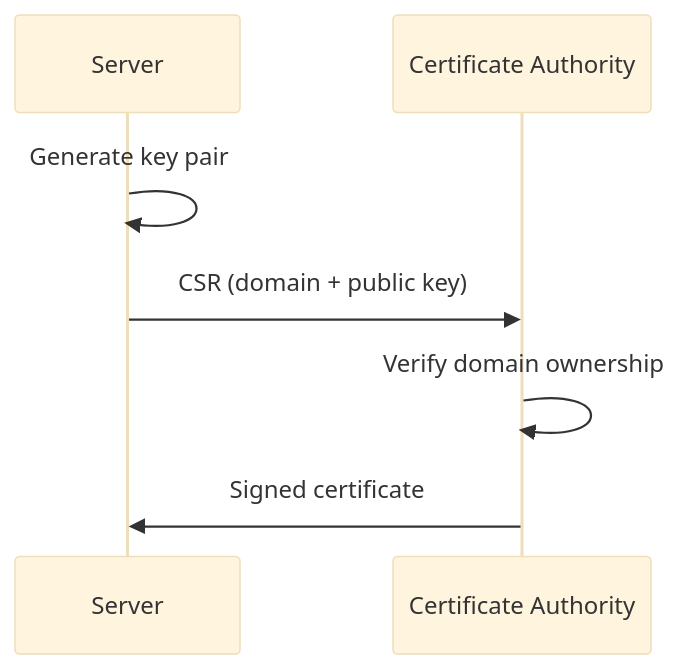
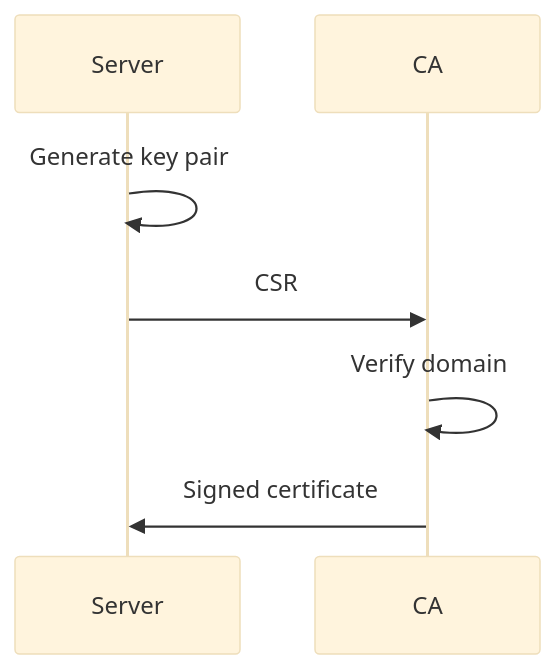
Before and after one commit to hareramcse/SystemDesign: the sixth of 17 diagrams in 01-networking/README.md, drawn with Mermaid (base theme). The commit also changed other lines of this file, not shown here.

````diff
--- a/01-networking/README.md
+++ b/01-networking/README.md
@@ -3082,9 +2987,9 @@
 ```mermaid
 sequenceDiagram
     participant S as Server
-    participant CA as Certificate Authority
+    participant CA as CA
     S->>S: Generate key pair
-    S->>CA: CSR (domain + public key)
-    CA->>CA: Verify domain ownership
+    S->>CA: CSR
+    CA->>CA: Verify domain
     CA->>S: Signed certificate
 ```
````
